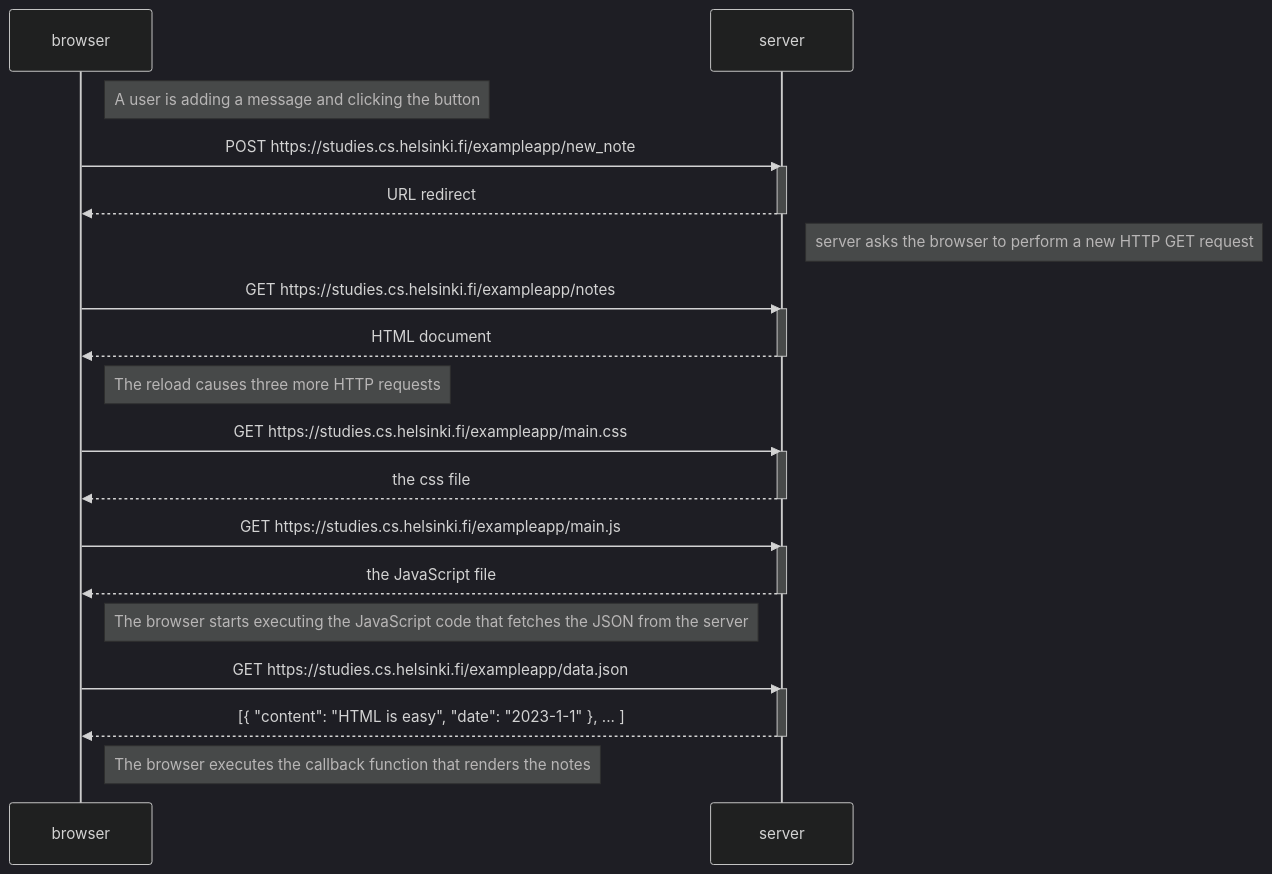
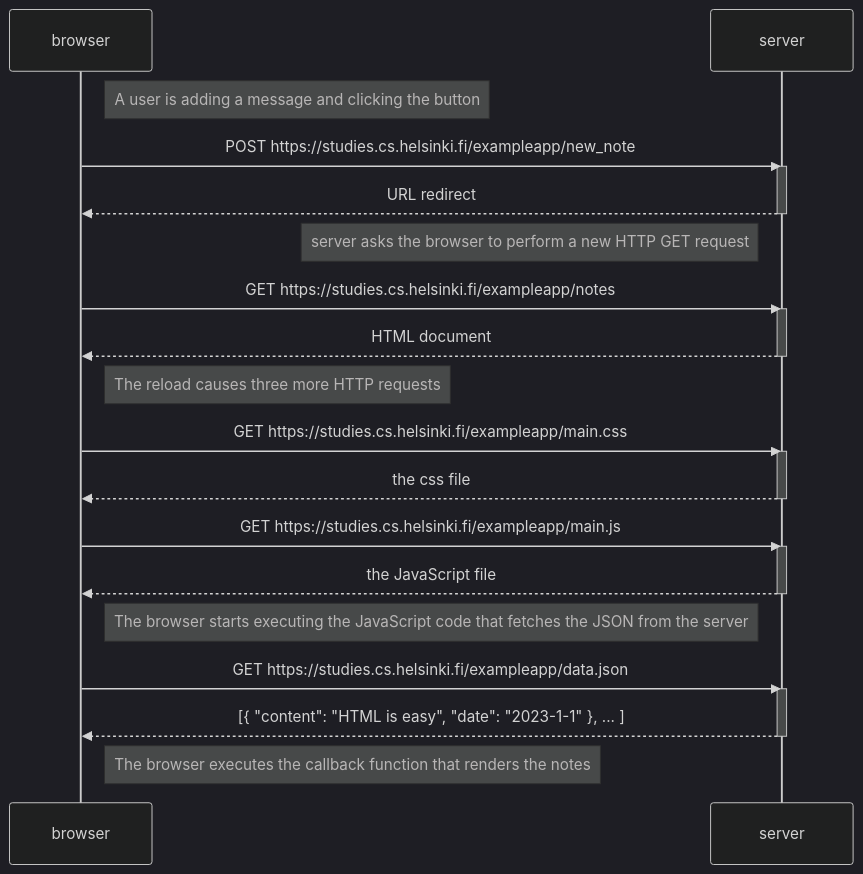
The diagram in part0/new_note_diagram.md (karolinakwasny/Full_Stack_open), drawn with Mermaid (dark theme) before and after one commit.

Commit message:
0.4 vs 5

````diff
--- a/part0/new_note_diagram.md
+++ b/part0/new_note_diagram.md
@@ -1,40 +1,40 @@
 ```mermaid
 sequenceDiagram
     participant browser
     participant server
 
     Note right of browser: A user is adding a message and clicking the button
 
     browser->>server: POST https://studies.cs.helsinki.fi/exampleapp/new_note
     activate server
     server-->>browser: URL redirect
     deactivate server
 
-    Note right of server: server asks the browser to perform a new HTTP GET request
+    Note left of server: server asks the browser to perform a new HTTP GET request
 
     browser->>server: GET https://studies.cs.helsinki.fi/exampleapp/notes
     activate server
     server-->>browser: HTML document
     deactivate server
 
     Note right of browser: The reload causes three more HTTP requests
 
     browser->>server: GET https://studies.cs.helsinki.fi/exampleapp/main.css
     activate server
     server-->>browser: the css file
     deactivate server
 
     browser->>server: GET https://studies.cs.helsinki.fi/exampleapp/main.js
     activate server
     server-->>browser: the JavaScript file
     deactivate server
 
     Note right of browser: The browser starts executing the JavaScript code that fetches the JSON from the server
 
     browser->>server: GET https://studies.cs.helsinki.fi/exampleapp/data.json
     activate server
     server-->>browser: [{ "content": "HTML is easy", "date": "2023-1-1" }, ... ]
     deactivate server
 
     Note right of browser: The browser executes the callback function that renders the notes
 ```
````
